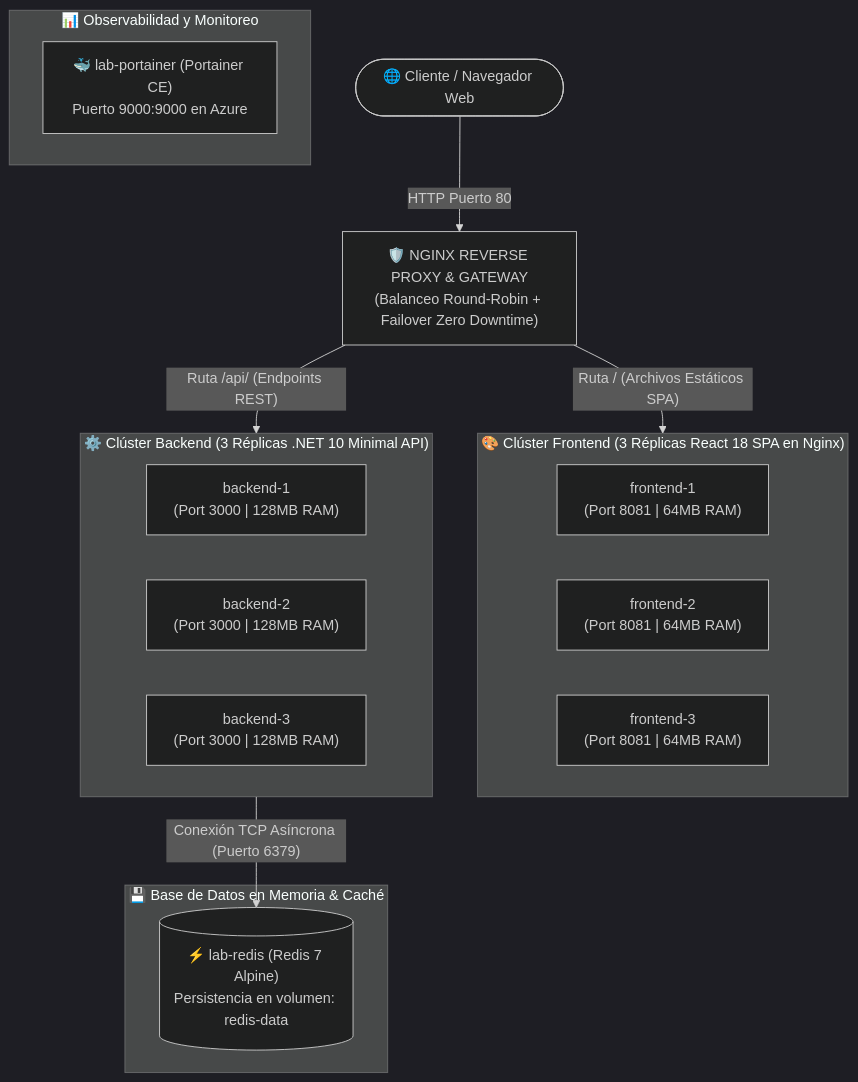
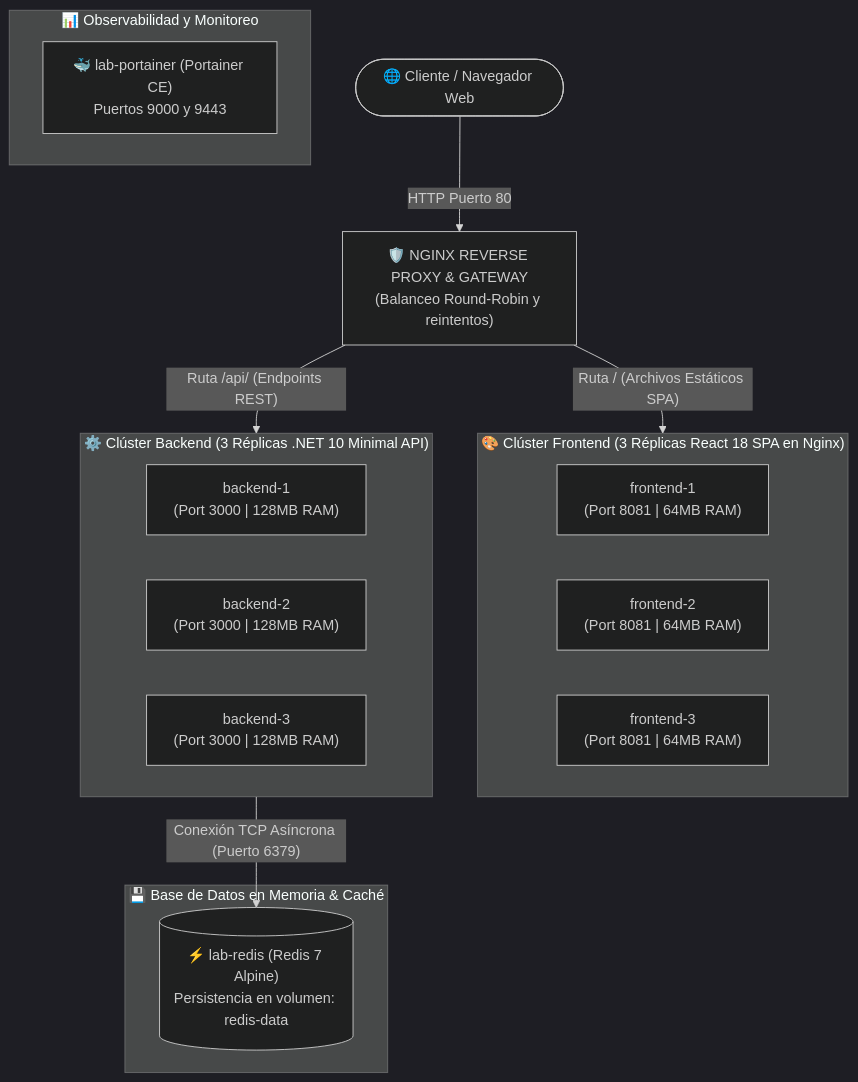
One commit to maxivalenzano/dev-ops-clase-2 changed the first of 2 diagrams in README.md. Above: the diagram before and after it, drawn with Mermaid (dark theme). The commit also changed other lines of this file and 9 other files, not shown here.

````diff
--- a/README.md
+++ b/README.md
@@ -36,28 +35,28 @@
 ```mermaid
 graph TD
-    Client(["🌐 Cliente / Navegador Web"]) -->|"HTTP Puerto 80"| Nginx["🛡️ NGINX REVERSE PROXY & GATEWAY<br/>(Balanceo Round-Robin + Failover Zero Downtime)"]
+    Client(["🌐 Cliente / Navegador Web"]) -->|"HTTP Puerto 80"| Nginx["🛡️ NGINX REVERSE PROXY & GATEWAY<br/>(Balanceo Round-Robin y reintentos)"]
 
     subgraph FrontCluster ["🎨 Clúster Frontend (3 Réplicas React 18 SPA en Nginx)"]
         F1["frontend-1<br/>(Port 8081 | 64MB RAM)"]
         F2["frontend-2<br/>(Port 8081 | 64MB RAM)"]
         F3["frontend-3<br/>(Port 8081 | 64MB RAM)"]
     end
 
     subgraph BackCluster ["⚙️ Clúster Backend (3 Réplicas .NET 10 Minimal API)"]
         B1["backend-1<br/>(Port 3000 | 128MB RAM)"]
         B2["backend-2<br/>(Port 3000 | 128MB RAM)"]
         B3["backend-3<br/>(Port 3000 | 128MB RAM)"]
     end
 
     subgraph Database ["💾 Base de Datos en Memoria & Caché"]
         Redis[("⚡ lab-redis (Redis 7 Alpine)<br/>Persistencia en volumen: redis-data")]
     end
 
     subgraph Observability ["📊 Observabilidad y Monitoreo"]
-        Portainer["🐳 lab-portainer (Portainer CE)<br/>Puerto 9000:9000 en Azure"]
+    Portainer["🐳 lab-portainer (Portainer CE)<br/>Puertos 9000 y 9443"]
     end
 
     Nginx -->|"Ruta / (Archivos Estáticos SPA)"| FrontCluster
     Nginx -->|"Ruta /api/ (Endpoints REST)"| BackCluster
     BackCluster -->|"Conexión TCP Asíncrona (Puerto 6379)"| Redis
 ```
````
